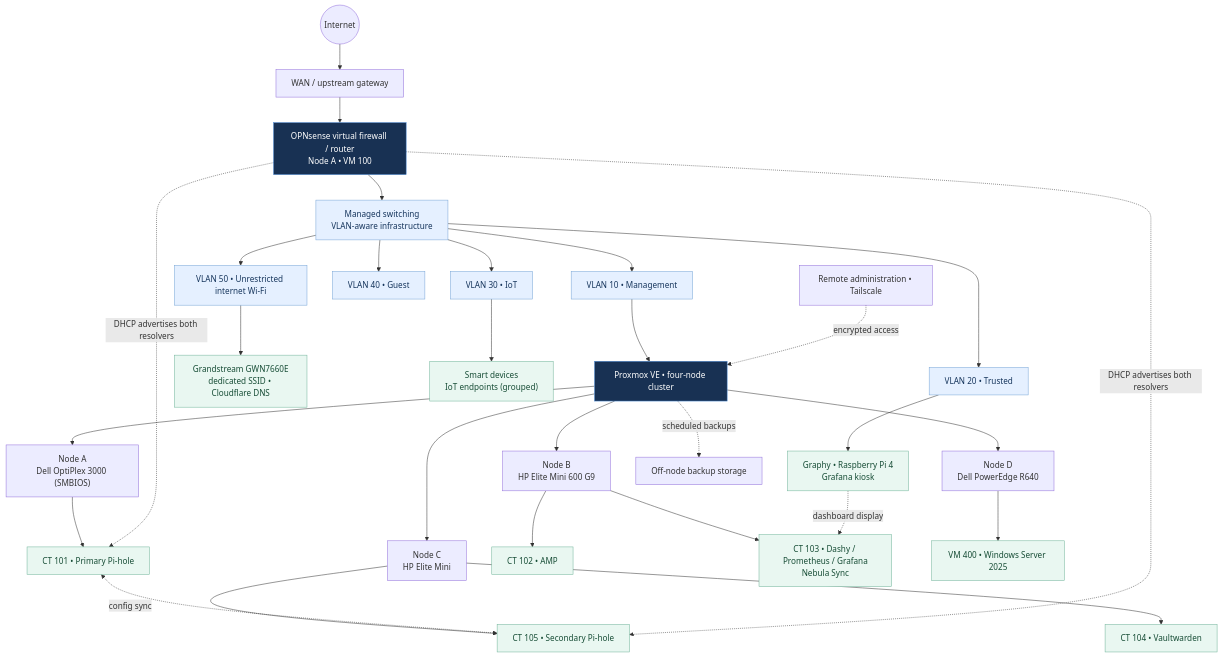
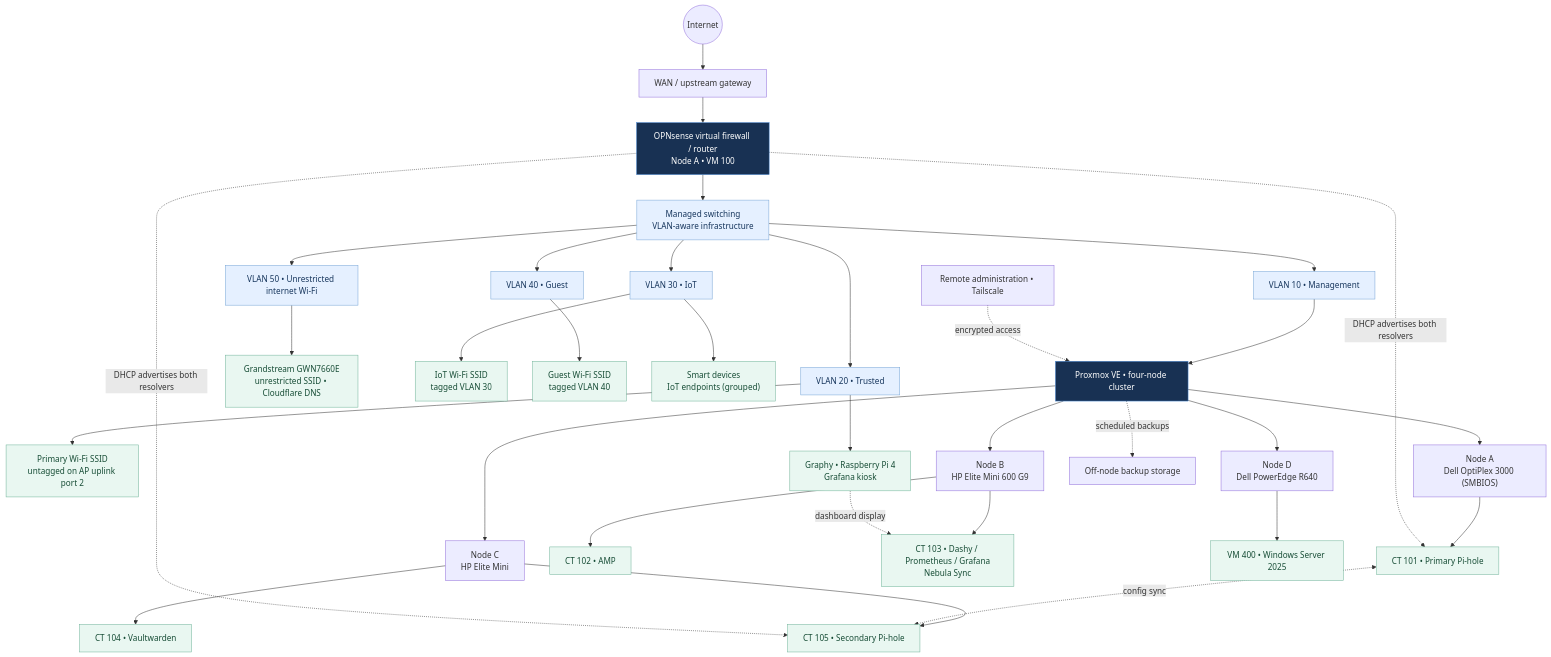
The first of 3 diagrams in network/diagrams/README.md (samuelkemp1619/HOMELAB-PORTFOLIO), drawn with Mermaid before and after one commit. The commit also changed other lines of this file, not shown here.

Commit message:
Update rendered network diagrams for confirmed switch ports and Wi-Fi VLANs

````diff
--- a/network/diagrams/README.md
+++ b/network/diagrams/README.md
@@ -9,37 +9,40 @@
 ```mermaid
 flowchart TB
     WAN((Internet)) --> EDGE["WAN / upstream gateway"]
     EDGE --> FW["OPNsense virtual firewall / router<br/>Node A • VM 100"]
     FW --> SWITCH["Managed switching<br/>VLAN-aware infrastructure"]
     SWITCH --> V10["VLAN 10 • Management"]
     SWITCH --> V20["VLAN 20 • Trusted"]
     SWITCH --> V30["VLAN 30 • IoT"]
     SWITCH --> V40["VLAN 40 • Guest"]
     SWITCH --> V50["VLAN 50 • Unrestricted internet Wi-Fi"]
-    V50 --> AP50["Grandstream GWN7660E<br/>dedicated SSID • Cloudflare DNS"]
+    V50 --> AP50["Grandstream GWN7660E<br/>unrestricted SSID • Cloudflare DNS"]
+    V20 --> PRIMARY["Primary Wi-Fi SSID<br/>untagged on AP uplink port 2"]
+    V30 --> IOTWIFI["IoT Wi-Fi SSID<br/>tagged VLAN 30"]
+    V40 --> GUESTWIFI["Guest Wi-Fi SSID<br/>tagged VLAN 40"]
     V30 --> SMART["Smart devices<br/>IoT endpoints (grouped)"]
     V10 --> CLUSTER["Proxmox VE • four-node cluster"]
     CLUSTER --> P1["Node A<br/>Dell OptiPlex 3000 (SMBIOS)"]
     CLUSTER --> P2["Node B<br/>HP Elite Mini 600 G9"]
     CLUSTER --> P3["Node C<br/>HP Elite Mini"]
     CLUSTER --> P4["Node D<br/>Dell PowerEdge R640"]
     P1 --> DNS1["CT 101 • Primary Pi-hole"]
     P2 --> APP["CT 102 • AMP"]
     P2 --> OBS["CT 103 • Dashy / Prometheus / Grafana<br/>Nebula Sync"]
     P3 --> VAULT["CT 104 • Vaultwarden"]
     P3 --> DNS2["CT 105 • Secondary Pi-hole"]
     P4 --> WIN["VM 400 • Windows Server 2025"]
     DNS1 <-. "config sync" .-> DNS2
     FW -. "DHCP advertises both resolvers" .-> DNS1
     FW -. "DHCP advertises both resolvers" .-> DNS2
     V20 --> GRAPHY["Graphy • Raspberry Pi 4<br/>Grafana kiosk"]
     GRAPHY -. "dashboard display" .-> OBS
     REMOTE["Remote administration • Tailscale"] -. "encrypted access" .-> CLUSTER
     CLUSTER -. "scheduled backups" .-> BACKUP["Off-node backup storage"]
     classDef core fill:#183153,color:#fff,stroke:#4c8ad5
     classDef network fill:#e5f0ff,color:#17365d,stroke:#77a5d6
     classDef service fill:#e9f7f1,color:#174d36,stroke:#71b49a
     class FW,CLUSTER core
     class SWITCH,V10,V20,V30,V40,V50 network
-    class DNS1,DNS2,OBS,VAULT,GRAPHY,APP,WIN,SMART,AP50 service
+    class DNS1,DNS2,OBS,VAULT,GRAPHY,APP,WIN,SMART,AP50,PRIMARY,IOTWIFI,GUESTWIFI service
 ```
````
